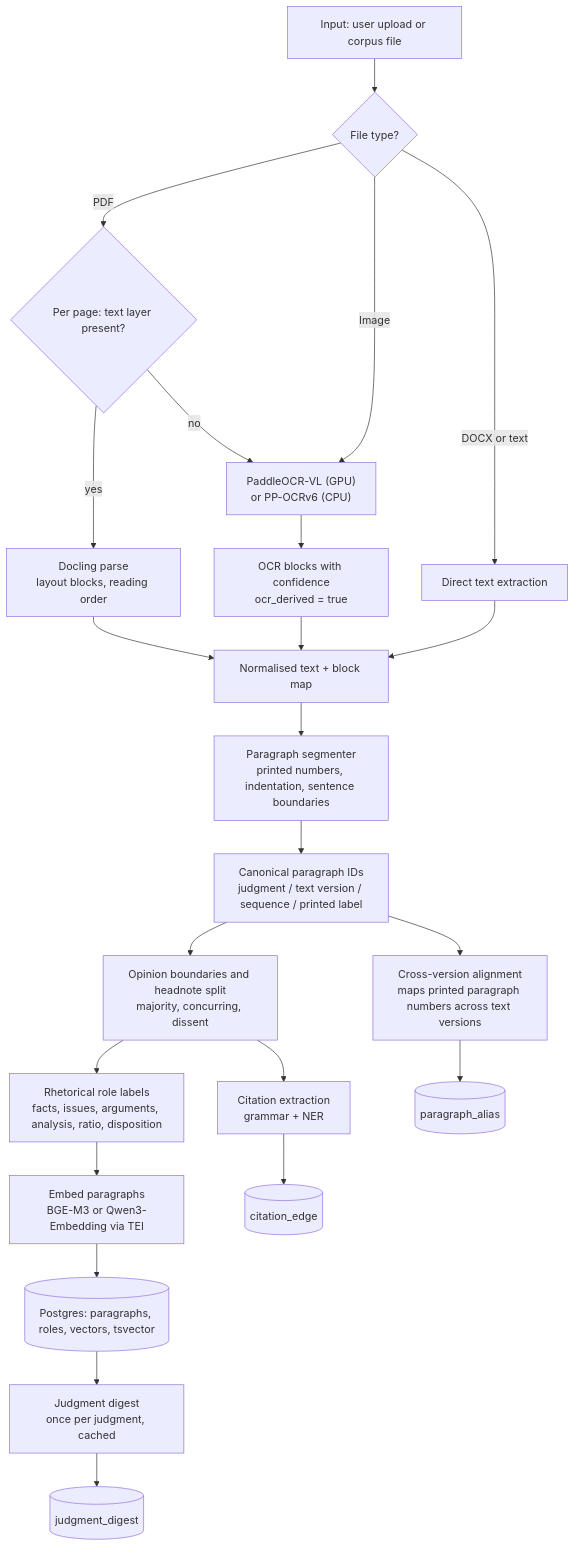
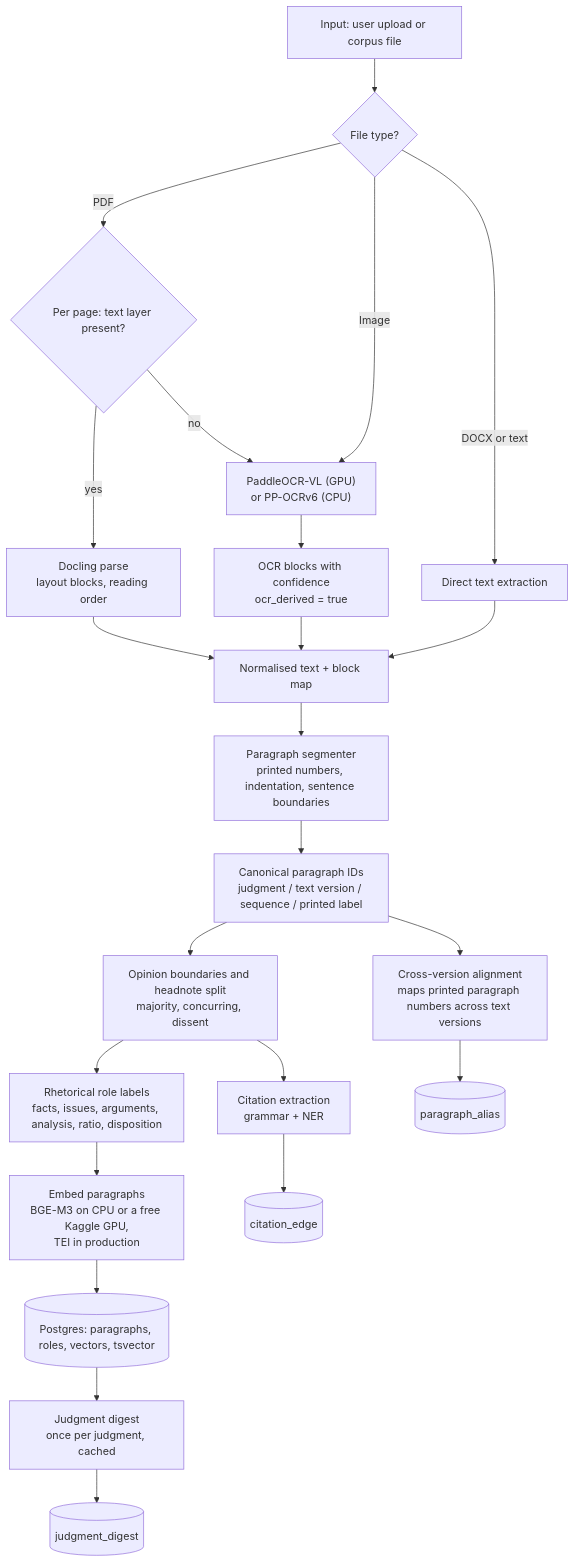
The second of 9 diagrams in docs/ARCHITECTURE.md (INSANE0777/order-order), drawn with Mermaid before and after one commit. The commit also changed other lines of this file and 4 other files, not shown here.

````diff
--- a/docs/ARCHITECTURE.md
+++ b/docs/ARCHITECTURE.md
@@ -102,25 +102,25 @@
 ```mermaid
 flowchart TD
     A["Input: user upload or corpus file"] --> B{"File type?"}
     B -->|PDF| C{"Per page: text layer present?"}
     B -->|Image| D["PaddleOCR-VL (GPU)<br/>or PP-OCRv6 (CPU)"]
     B -->|DOCX or text| E["Direct text extraction"]
     C -->|yes| F["Docling parse<br/>layout blocks, reading order"]
     C -->|no| D
     D --> G["OCR blocks with confidence<br/>ocr_derived = true"]
     F --> H["Normalised text + block map"]
     G --> H
     E --> H
     H --> I["Paragraph segmenter<br/>printed numbers, indentation, sentence boundaries"]
     I --> J["Canonical paragraph IDs<br/>judgment / text version / sequence / printed label"]
     J --> K["Opinion boundaries and headnote split<br/>majority, concurring, dissent"]
     K --> L["Rhetorical role labels<br/>facts, issues, arguments, analysis, ratio, disposition"]
-    L --> M["Embed paragraphs<br/>BGE-M3 or Qwen3-Embedding via TEI"]
+    L --> M["Embed paragraphs<br/>BGE-M3 on CPU or a free Kaggle GPU,<br/>TEI in production"]
     M --> N[("Postgres: paragraphs, roles, vectors, tsvector")]
     K --> O["Citation extraction<br/>grammar + NER"]
     O --> P[("citation_edge")]
     N --> Q["Judgment digest<br/>once per judgment, cached"]
     Q --> R[("judgment_digest")]
     J --> S["Cross-version alignment<br/>maps printed paragraph numbers across text versions"]
     S --> T[("paragraph_alias")]
 ```
````
